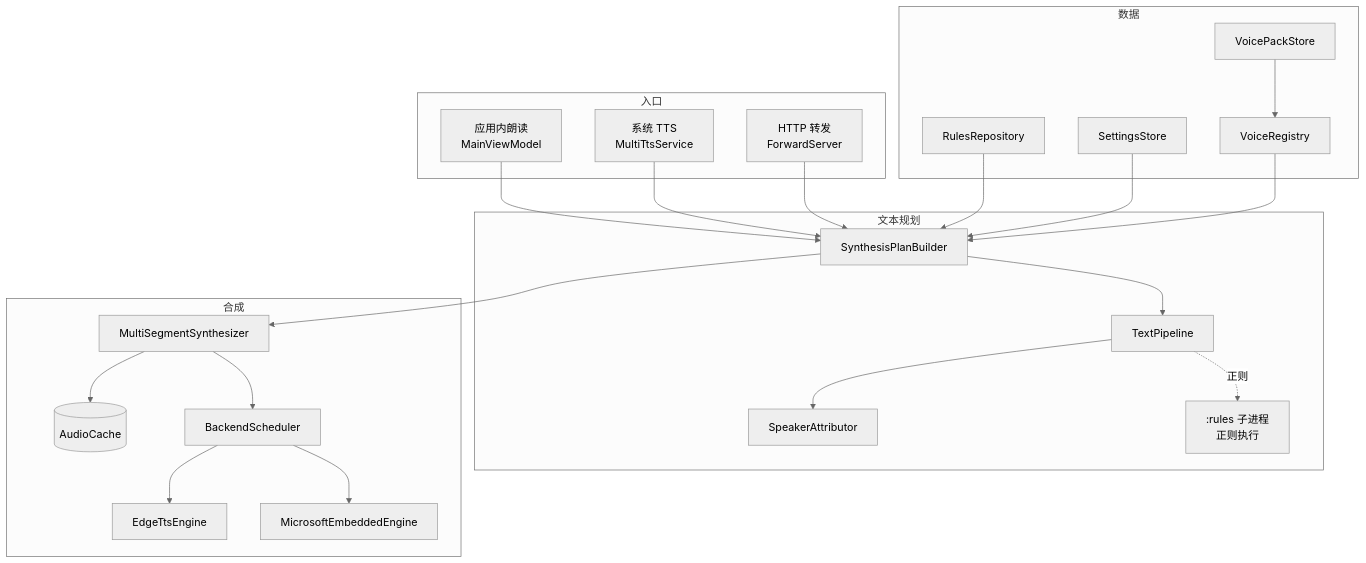
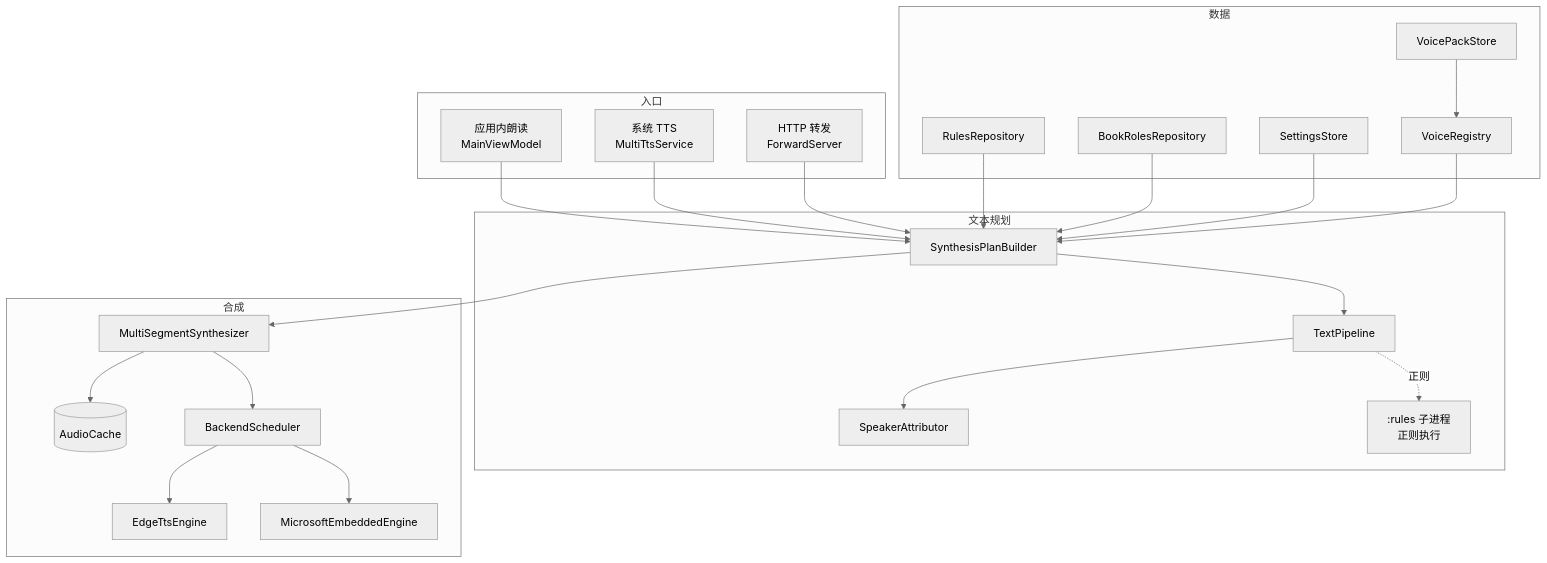
One commit to mrliergou/Noveltts changed the diagram in docs/ARCHITECTURE.md. Above: the diagram before and after it, drawn with Mermaid (neutral theme). The commit also changed other lines of this file and 9 other files, not shown here.

First line of the commit message:
📝 docs: 整理项目定位、维护边界与主页 SVG 配图

````diff
--- a/docs/ARCHITECTURE.md
+++ b/docs/ARCHITECTURE.md
@@ -30,44 +30,46 @@
 ```mermaid
 flowchart TD
     subgraph 入口
         UI[应用内朗读<br/>MainViewModel]
         SYS[系统 TTS<br/>MultiTtsService]
         HTTP[HTTP 转发<br/>ForwardServer]
     end
 
     subgraph 文本规划
         PLAN[SynthesisPlanBuilder]
         PIPE[TextPipeline]
         ATTR[SpeakerAttributor]
         RULES[":rules 子进程<br/>正则执行"]
     end
 
     subgraph 合成
         MSS[MultiSegmentSynthesizer]
         CACHE[(AudioCache)]
         SCHED[BackendScheduler]
         EDGE[EdgeTtsEngine]
         MS[MicrosoftEmbeddedEngine]
     end
 
     subgraph 数据
         REPO[RulesRepository]
+        BOOK[BookRolesRepository]
         SET[SettingsStore]
         REG[VoiceRegistry]
         STORE[VoicePackStore]
     end
 
     UI --> PLAN
     SYS --> PLAN
     HTTP --> PLAN
     PLAN --> PIPE --> ATTR
     PIPE -.正则.-> RULES
     PLAN --> MSS
     MSS --> CACHE
     MSS --> SCHED --> EDGE
     SCHED --> MS
     REPO --> PLAN
+    BOOK --> PLAN
     SET --> PLAN
     REG --> PLAN
     STORE --> REG
 ```
````
